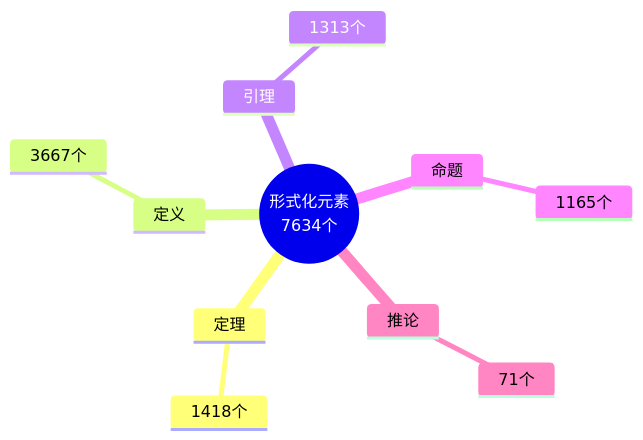
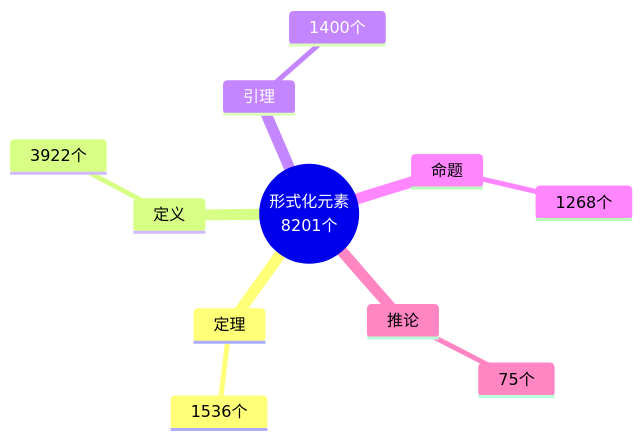
Before and after one commit to AdaMartin18010/AnalysisDataFlow: the fifth of 10 diagrams in DASHBOARD.md, drawn with Mermaid. The commit also changed other lines of this file and 4 other files, not shown here.

````diff
--- a/DASHBOARD.md
+++ b/DASHBOARD.md
@@ -135,15 +157,15 @@
 ```mermaid
 mindmap
   root((形式化元素
-7634个))
+8201个))
     定理
-      1418个
+      1536个
     定义
-      3667个
+      3922个
     引理
-      1313个
+      1400个
     命题
-      1165个
+      1268个
     推论
-      71个
+      75个
 ```
````
